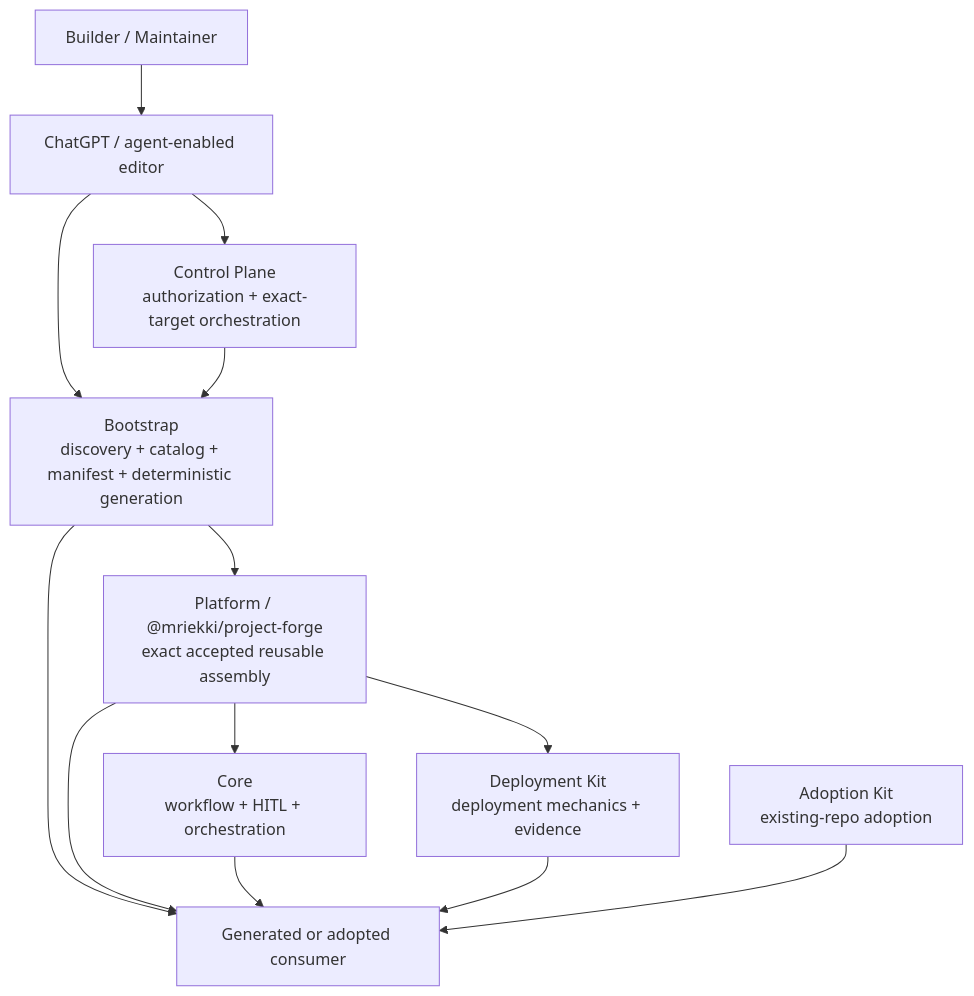
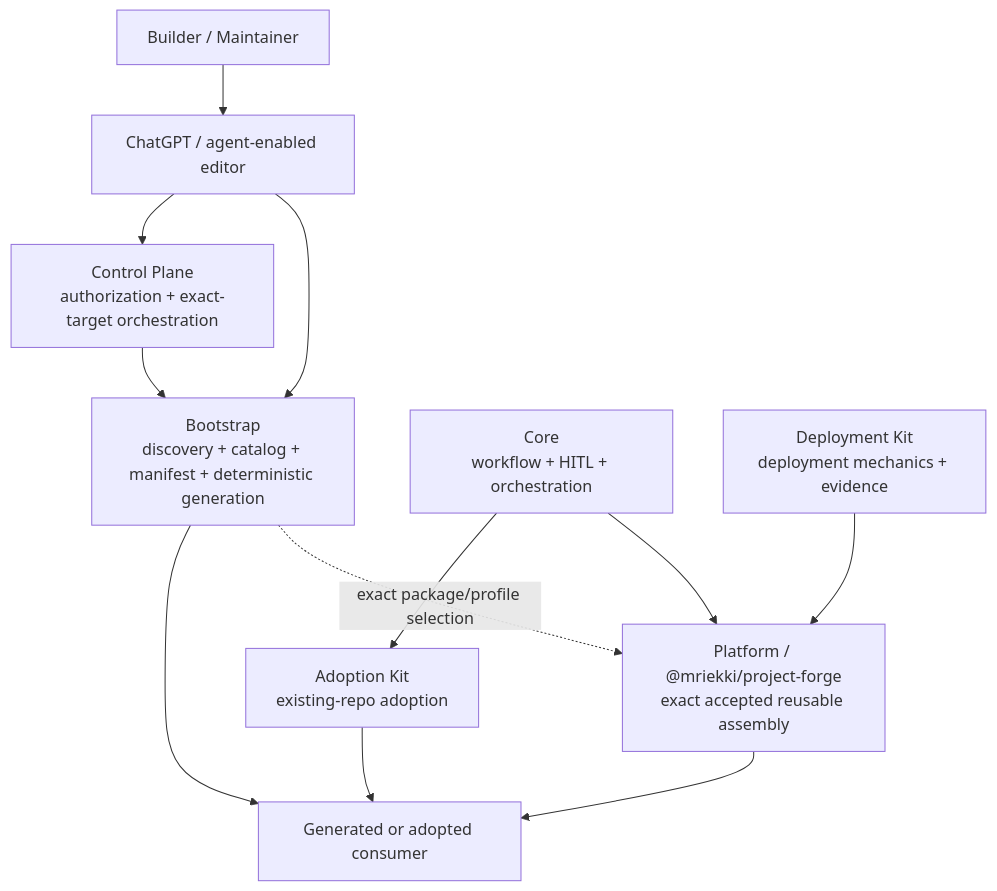
One commit to mriekki/lean-platform changed the diagram in docs/system/PROJECT_FORGE_SYSTEM_DESIGN.md. Above: the diagram before and after it, drawn with Mermaid. The commit also changed other lines of this file, not shown here.

Commit message:
Clarify Project Forge system topology

````diff
--- a/docs/system/PROJECT_FORGE_SYSTEM_DESIGN.md
+++ b/docs/system/PROJECT_FORGE_SYSTEM_DESIGN.md
@@ -194,25 +194,24 @@
 ```mermaid
 flowchart TB
   HUMAN[Builder / Maintainer]
   CHAT[ChatGPT / agent-enabled editor]
   BOOT[Bootstrap\ndiscovery + catalog + manifest + deterministic generation]
   CP[Control Plane\nauthorization + exact-target orchestration]
-  PLATFORM[Platform / @mriekki/project-forge\nexact accepted reusable assembly]
   CORE[Core\nworkflow + HITL + orchestration]
   DEPLOY[Deployment Kit\ndeployment mechanics + evidence]
   ADOPT[Adoption Kit\nexisting-repo adoption]
+  PLATFORM[Platform / @mriekki/project-forge\nexact accepted reusable assembly]
   CONSUMER[Generated or adopted consumer]
 
   HUMAN --> CHAT
   CHAT --> BOOT
   CHAT --> CP
   CP --> BOOT
-  BOOT --> PLATFORM
-  PLATFORM --> CORE
-  PLATFORM --> DEPLOY
+  CORE --> PLATFORM
+  DEPLOY --> PLATFORM
+  CORE --> ADOPT
+  BOOT -. exact package/profile selection .-> PLATFORM
   BOOT --> CONSUMER
   PLATFORM --> CONSUMER
-  CORE --> CONSUMER
-  DEPLOY --> CONSUMER
   ADOPT --> CONSUMER
 ```
````
